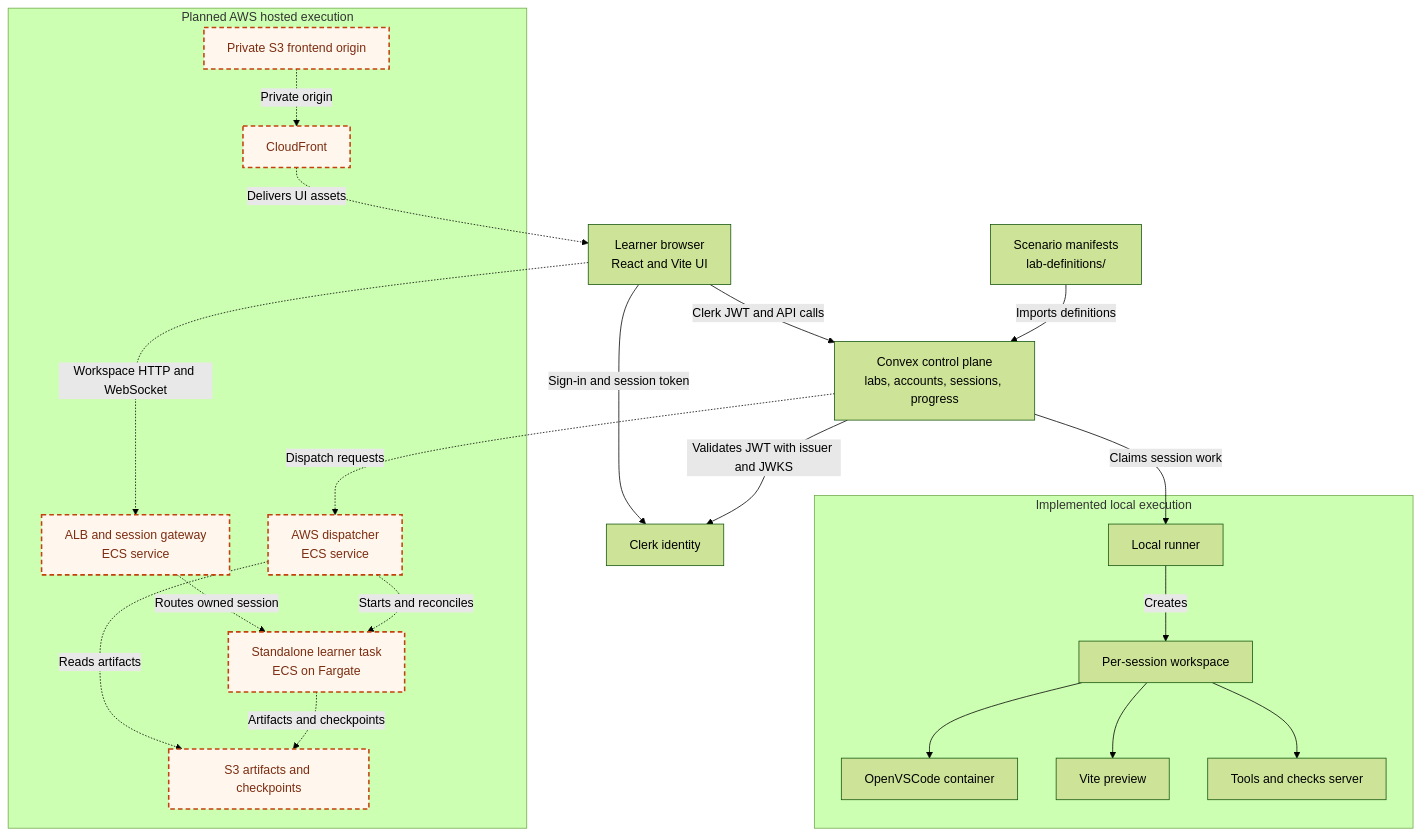
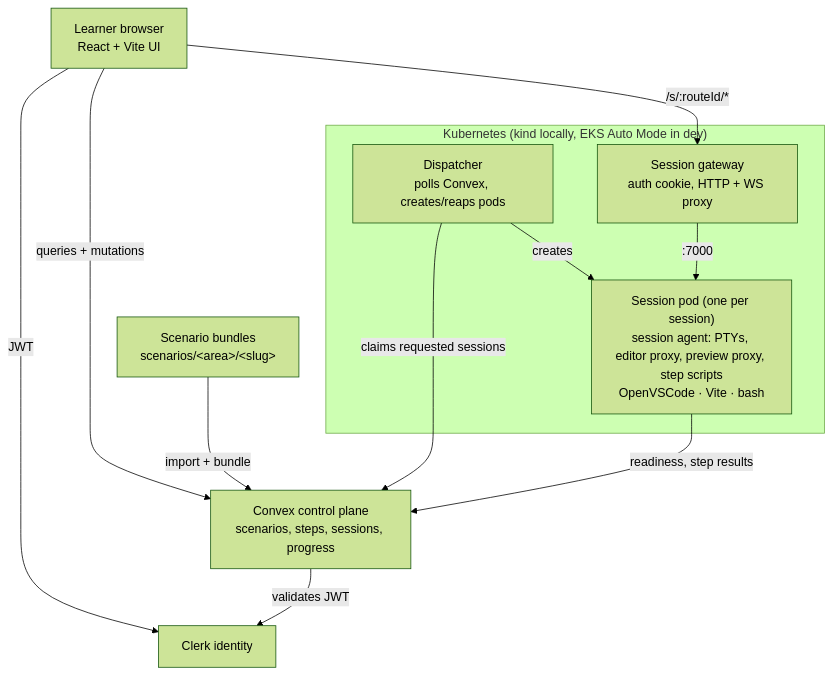
The diagram in README.md (rossislike/learning-lab-platform), drawn with Mermaid (forest theme) before and after one commit. The commit also changed other lines of this file and 127 other files, not shown here.

First line of the commit message:
Phase 0: redesign around Kubernetes and a terminal-first learner experience

````diff
--- a/README.md
+++ b/README.md
@@ -24,46 +27,23 @@
 ```mermaid
 flowchart TB
-  browser["Learner browser<br/>React and Vite UI"]
+  browser["Learner browser<br/>React + Vite UI"]
   clerk["Clerk identity"]
-  convex["Convex control plane<br/>labs, accounts, sessions, progress"]
-  manifests["Scenario manifests<br/>lab-definitions/"]
+  convex["Convex control plane<br/>scenarios, steps, sessions, progress"]
+  scenarios["Scenario bundles<br/>scenarios/&lt;area&gt;/&lt;slug&gt;"]
 
-  subgraph local["Implemented local execution"]
-    localRunner["Local runner"]
-    workspace["Per-session workspace"]
-    editor["OpenVSCode container"]
-    preview["Vite preview"]
-    tools["Tools and checks server"]
+  subgraph cluster["Kubernetes (kind locally, EKS Auto Mode in dev)"]
+    gateway["Session gateway<br/>auth cookie, HTTP + WS proxy"]
+    dispatcher["Dispatcher<br/>polls Convex, creates/reaps pods"]
+    pod["Session pod (one per session)<br/>session agent: PTYs, editor proxy, preview proxy, step scripts<br/>OpenVSCode · Vite · bash"]
   end
 
-  subgraph aws["Planned AWS hosted execution"]
-    frontendBucket["Private S3 frontend origin"]
-    cloudfront["CloudFront"]
-    gateway["ALB and session gateway<br/>ECS service"]
-    dispatcher["AWS dispatcher<br/>ECS service"]
-    task["Standalone learner task<br/>ECS on Fargate"]
-    artifactBucket["S3 artifacts and checkpoints"]
-  end
-
-  frontendBucket -.->|Private origin| cloudfront
-  cloudfront -.->|Delivers UI assets| browser
-  browser -->|Sign-in and session token| clerk
-  browser -->|Clerk JWT and API calls| convex
-  convex -->|Validates JWT with issuer and JWKS| clerk
-  manifests -->|Imports definitions| convex
-  convex -->|Claims session work| localRunner
-  localRunner -->|Creates| workspace
-  workspace --> editor
-  workspace --> preview
-  workspace --> tools
-
-  browser -.->|Workspace HTTP and WebSocket| gateway
-  gateway -.->|Routes owned session| task
-  convex -.->|Dispatch requests| dispatcher
-  dispatcher -.->|Starts and reconciles| task
-  dispatcher -.->|Reads artifacts| artifactBucket
-  task -.->|Artifacts and checkpoints| artifactBucket
-
-  classDef planned fill:#fff7ed,stroke:#c2410c,stroke-width:2px,stroke-dasharray:6 4,color:#7c2d12;
-  class frontendBucket,cloudfront,gateway,dispatcher,task,artifactBucket planned;
+  browser -->|JWT| clerk
+  browser -->|queries + mutations| convex
+  convex -->|validates JWT| clerk
+  scenarios -->|import + bundle| convex
+  dispatcher -->|claims requested sessions| convex
+  dispatcher -->|creates| pod
+  browser -->|/s/:routeId/*| gateway
+  gateway -->|:7000| pod
+  pod -->|readiness, step results| convex
 ```
````
